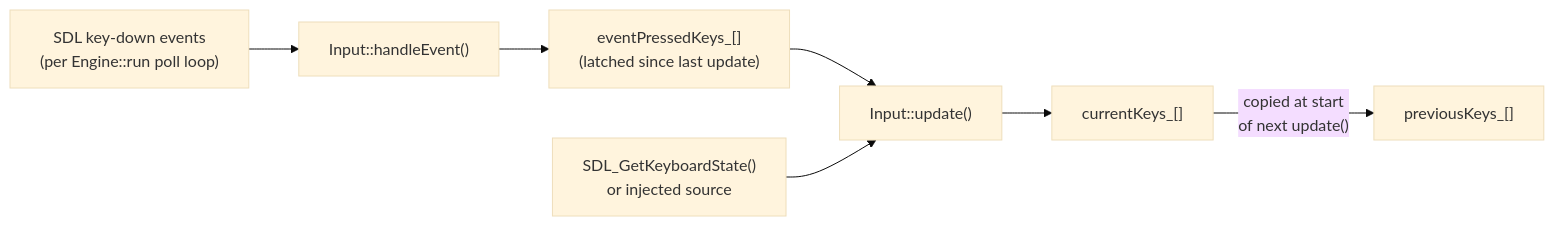
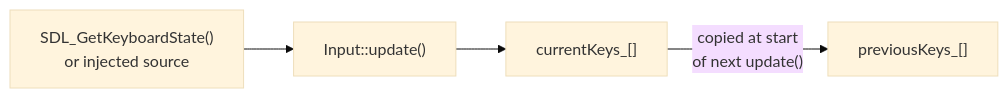
Before and after one commit to CSC581/shared-engine: the fourth of 4 diagrams in docs/Engine_Reference_Trimmed.md, drawn with Mermaid (base theme). The commit also changed other lines of this file and 2 other files, not shown here.

````diff
--- a/docs/Engine_Reference_Trimmed.md
+++ b/docs/Engine_Reference_Trimmed.md
@@ -572,15 +571,11 @@
 ```mermaid
 flowchart LR
-    sdlEvents["SDL key-down events<br/>(per Engine::run poll loop)"]
-    handleEvent["Input::handleEvent()"]
-    eventPressed["eventPressedKeys_[]<br/>(latched since last update)"]
     sdlState["SDL_GetKeyboardState()<br/>or injected source"]
     update["Input::update()"]
     currentKeys["currentKeys_[]"]
     previousKeys["previousKeys_[]"]
 
-    sdlEvents --> handleEvent --> eventPressed --> update
     sdlState --> update
     update --> currentKeys
     currentKeys -->|"copied at start <br/>of next update()"| previousKeys
 ```
````
